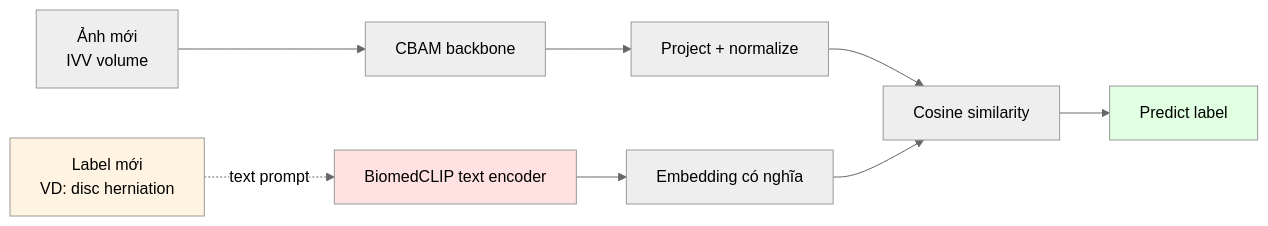
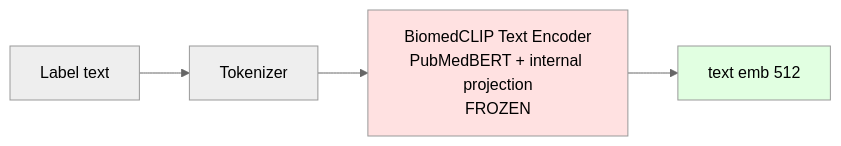
The third of 5 diagrams in experiments/paper_results/new_architecture.md (trungkien04102002/spinet-v2), drawn with Mermaid before and after one commit. The commit also changed other lines of this file and 19 other files, not shown here.

````diff
--- a/experiments/paper_results/new_architecture.md
+++ b/experiments/paper_results/new_architecture.md
@@ -38,17 +77,10 @@
 ```mermaid
 %%{init: {'theme':'neutral'}}%%
 flowchart LR
-    A[Ảnh mới<br/>IVV volume] --> B[CBAM backbone]
-    B --> C[Project + normalize]
-    
-    D[Label mới<br/>VD: disc herniation] -.text prompt.-> E[BiomedCLIP text encoder]
-    E --> F[Embedding có nghĩa]
-    
-    C --> G[Cosine similarity]
-    F --> G
-    G --> H[Predict label]
+    T[Label text] --> TOK[Tokenizer]
+    TOK --> TE[BiomedCLIP Text Encoder<br/>PubMedBERT + internal projection<br/>FROZEN]
+    TE --> OUT[text emb 512]
 
-    style D fill:#fff4e1
-    style E fill:#ffe1e1
-    style H fill:#e1ffe1
+    style TE fill:#ffe1e1
+    style OUT fill:#e1ffe1
 ```
````
